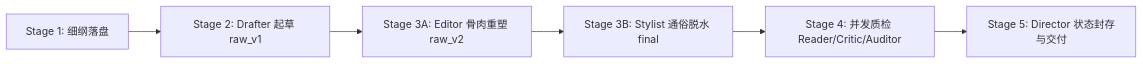
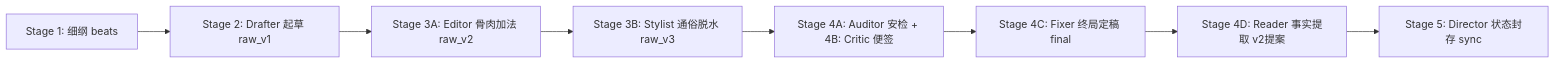
The diagram in .agents/skills/director/SKILL.md (cg110902/NOVEL), drawn with Mermaid before and after one commit. The commit also changed other lines of this file and 24 other files, not shown here.

````diff
--- a/.agents/skills/director/SKILL.md
+++ b/.agents/skills/director/SKILL.md
@@ -150,8 +187,10 @@
 ```mermaid
 graph LR
-    S1[Stage 1: 细纲落盘] --> S2[Stage 2: Drafter 起草 raw_v1]
-    S2 --> S3A[Stage 3A: Editor 骨肉重塑 raw_v2]
-    S3A --> S3B[Stage 3B: Stylist 通俗脱水 final]
-    S3B --> S4[Stage 4: 并发质检 Reader/Critic/Auditor]
-    S4 --> S5[Stage 5: Director 状态封存与交付]
+    S1[Stage 1: 细纲 beats] --> S2[Stage 2: Drafter 起草 raw_v1]
+    S2 --> S3A[Stage 3A: Editor 骨肉加法 raw_v2]
+    S3A --> S3B[Stage 3B: Stylist 通俗脱水 raw_v3]
+    S3B --> S4AB[Stage 4A: Auditor 安检 + 4B: Critic 便签]
+    S4AB --> S4C[Stage 4C: Fixer 终局定稿 final]
+    S4C --> S4D[Stage 4D: Reader 事实提取 v2提案]
+    S4D --> S5[Stage 5: Director 状态封存 sync]
 ```
````
